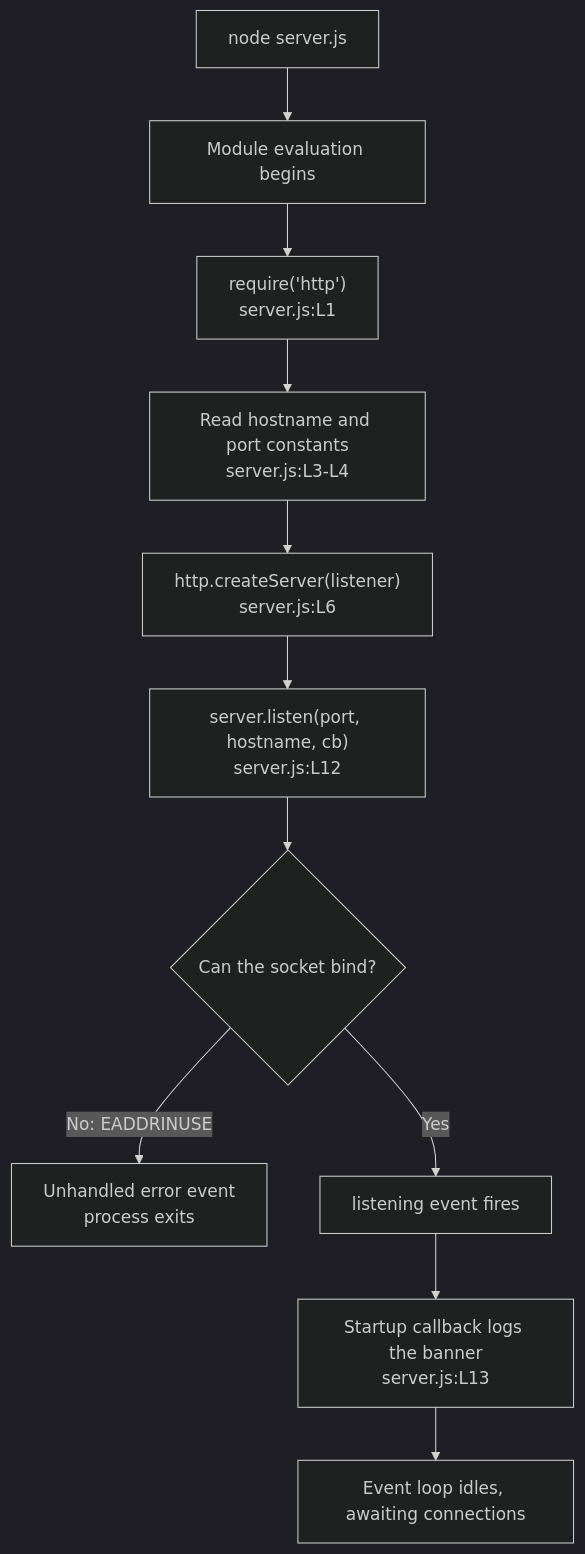
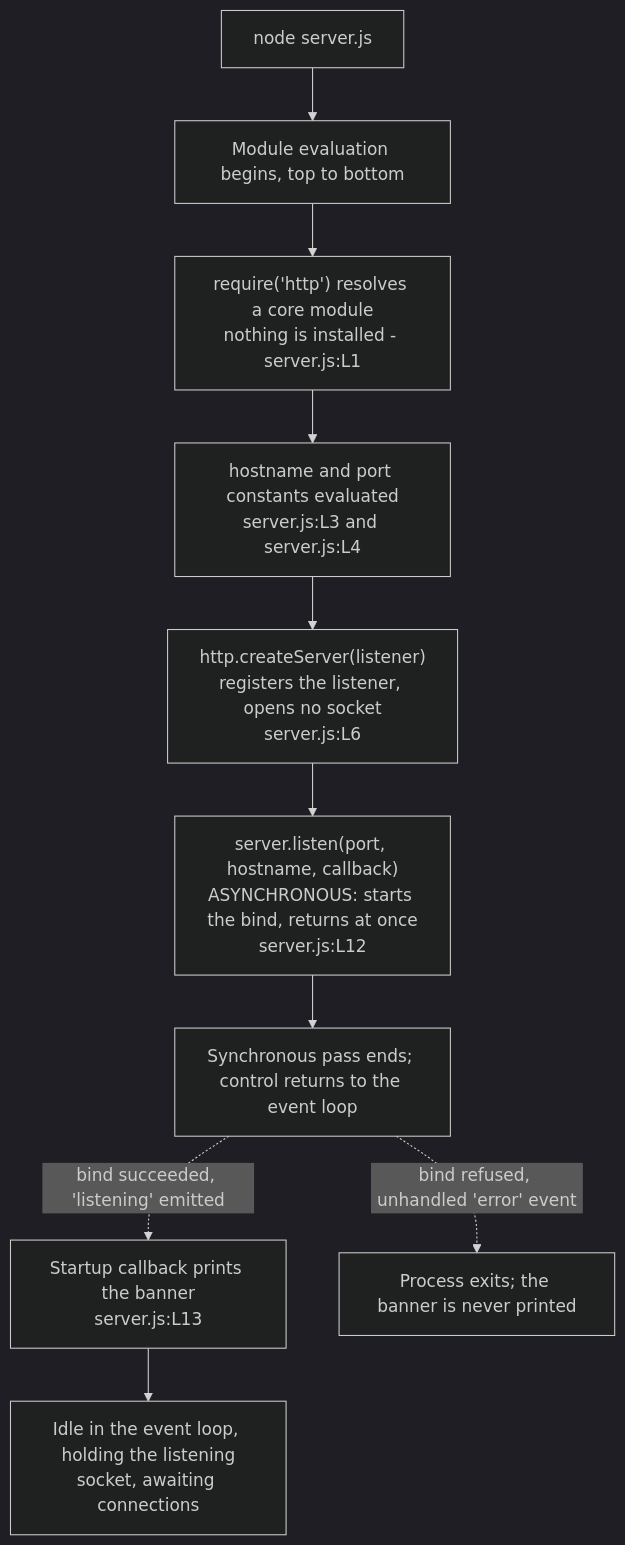
The second of 3 diagrams in docs/architecture/overview.md (Sandeep01Kumar/existing-projects-qa-test-03-dec), drawn with Mermaid (dark theme) before and after one commit. The commit also changed other lines of this file, not shown here.

````diff
--- a/docs/architecture/overview.md
+++ b/docs/architecture/overview.md
@@ -60,15 +126,16 @@
 ```mermaid
 flowchart TD
-    A["node server.js"] --> B["Module evaluation begins"]
-    B --> C["require('http')<br/>server.js:L1"]
-    C --> D["Read hostname and port constants<br/>server.js:L3-L4"]
-    D --> E["http.createServer(listener)<br/>server.js:L6"]
-    E --> F["server.listen(port, hostname, cb)<br/>server.js:L12"]
-    F --> G{"Can the socket bind?"}
-    G -->|"No: EADDRINUSE"| H["Unhandled error event<br/>process exits"]
-    G -->|"Yes"| I["listening event fires"]
-    I --> J["Startup callback logs the banner<br/>server.js:L13"]
-    J --> K["Event loop idles, awaiting connections"]
-%% Everything up to the listening state happens in one synchronous pass
-%% through the file; everything after it is event-driven.
+    A["node server.js"] --> B["Module evaluation begins, top to bottom"]
+    B --> C["require('http') resolves a core module<br/>nothing is installed - server.js:L1"]
+    C --> D["hostname and port constants evaluated<br/>server.js:L3 and server.js:L4"]
+    D --> E["http.createServer(listener)<br/>registers the listener, opens no socket<br/>server.js:L6"]
+    E --> F["server.listen(port, hostname, callback)<br/>ASYNCHRONOUS: starts the bind, returns at once<br/>server.js:L12"]
+    F --> G["Synchronous pass ends; control returns to the event loop"]
+    G -. "bind succeeded, 'listening' emitted" .-> H["Startup callback prints the banner<br/>server.js:L13"]
+    G -. "bind refused, unhandled 'error' event" .-> X["Process exits; the banner is never printed"]
+    H --> I["Idle in the event loop, holding the listening<br/>socket, awaiting connections"]
+%% A to G are one synchronous pass through the file; everything after G is
+%% driven by the event loop, which is why the callback hangs off an event
+%% rather than following F in line. The states themselves are modelled
+%% separately under Server lifecycle states, so they are not repeated here.
 ```
````
